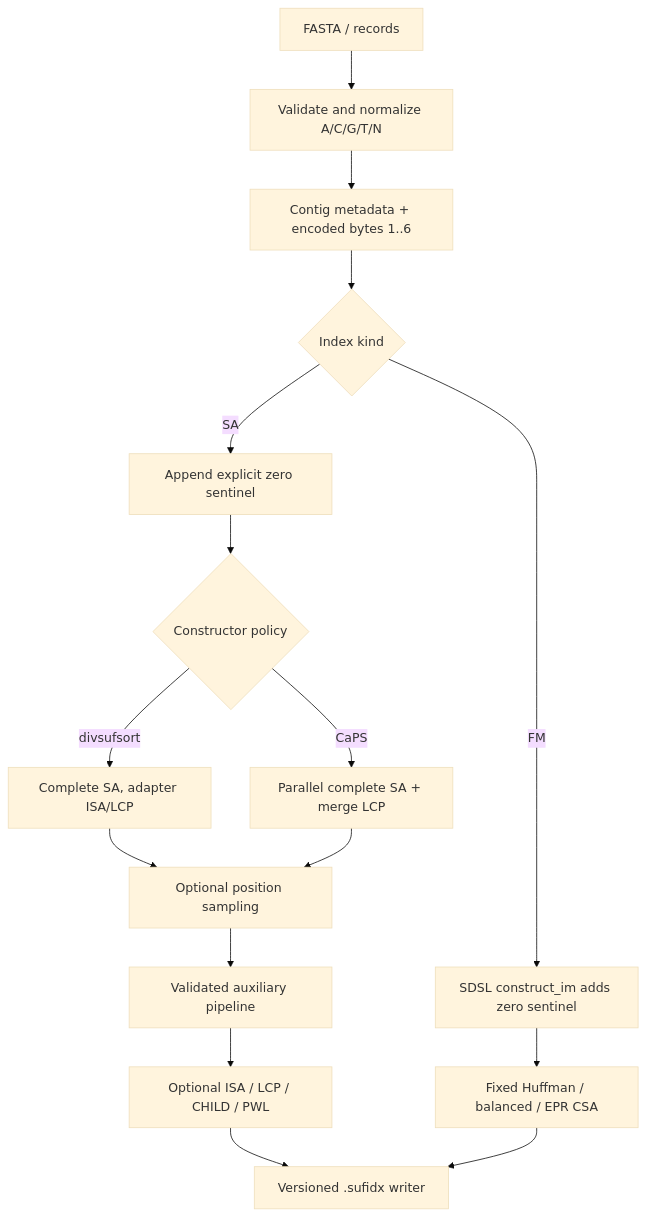
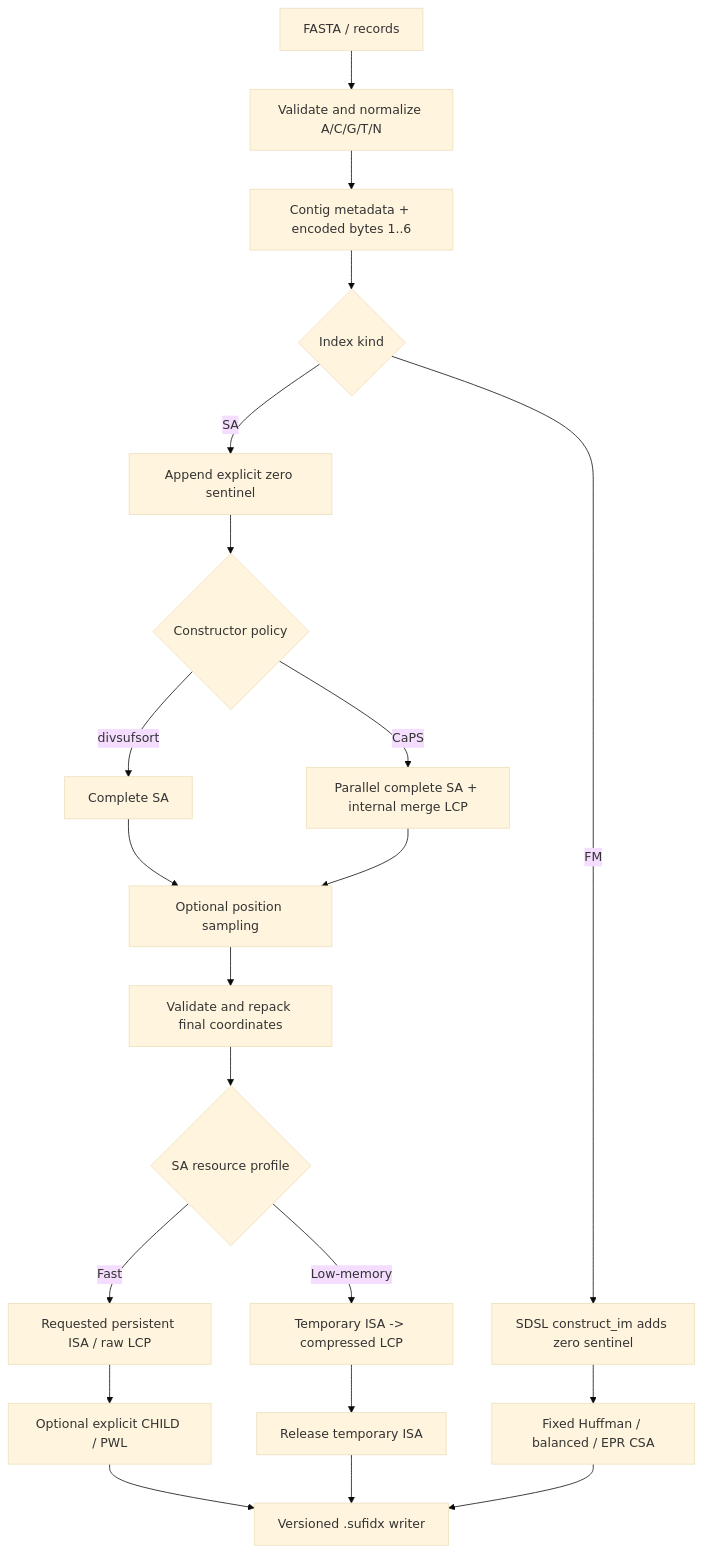
The second of 3 diagrams in docs/development/architecture.md (malabz/sufkit), drawn with Mermaid (base theme) before and after one commit. The commit also changed other lines of this file and 74 other files, not shown here.

````diff
--- a/docs/development/architecture.md
+++ b/docs/development/architecture.md
@@ -55,21 +56,26 @@
 ```mermaid
 flowchart TD
     F[FASTA / records] --> N[Validate and normalize A/C/G/T/N]
     N --> M[Contig metadata + encoded bytes 1..6]
     M --> K{Index kind}
 
     K -->|SA| Z[Append explicit zero sentinel]
     Z --> C{Constructor policy}
-    C -->|divsufsort| D[Complete SA, adapter ISA/LCP]
-    C -->|CaPS| P[Parallel complete SA + merge LCP]
+    C -->|divsufsort| D[Complete SA]
+    C -->|CaPS| P[Parallel complete SA + internal merge LCP]
     D --> Q[Optional position sampling]
     P --> Q
-    Q --> A[Validated auxiliary pipeline]
-    A --> E[Optional ISA / LCP / CHILD / PWL]
+    Q --> R[Validate and repack final coordinates]
+    R --> A{SA resource profile}
+    A -->|Fast| E[Requested persistent ISA / raw LCP]
+    A -->|Low-memory| L[Temporary ISA -> compressed LCP]
+    E --> X[Optional explicit CHILD / PWL]
+    L --> Y[Release temporary ISA]
 
     K -->|FM| S[SDSL construct_im adds zero sentinel]
     S --> W[Fixed Huffman / balanced / EPR CSA]
 
-    E --> O[Versioned .sufidx writer]
+    X --> O[Versioned .sufidx writer]
+    Y --> O
     W --> O
 ```
````
